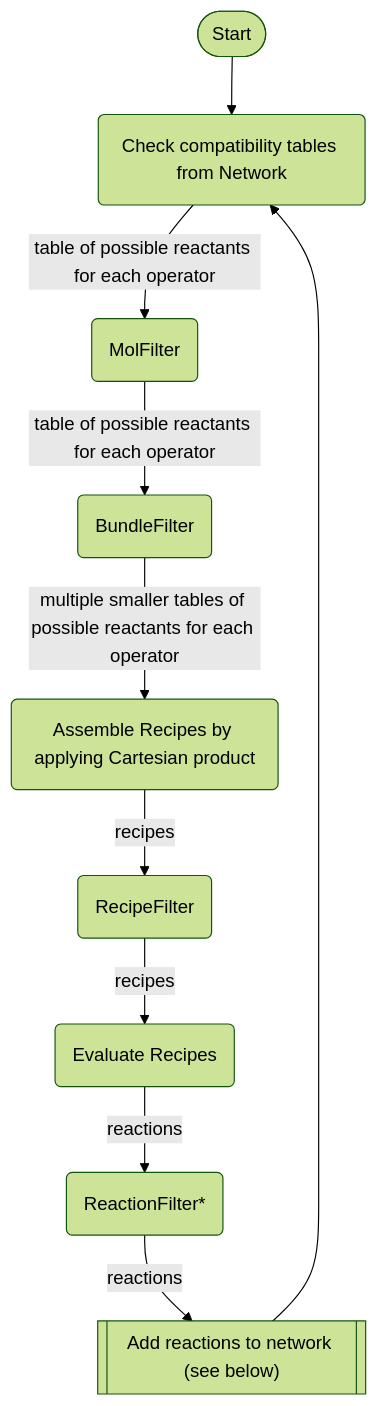
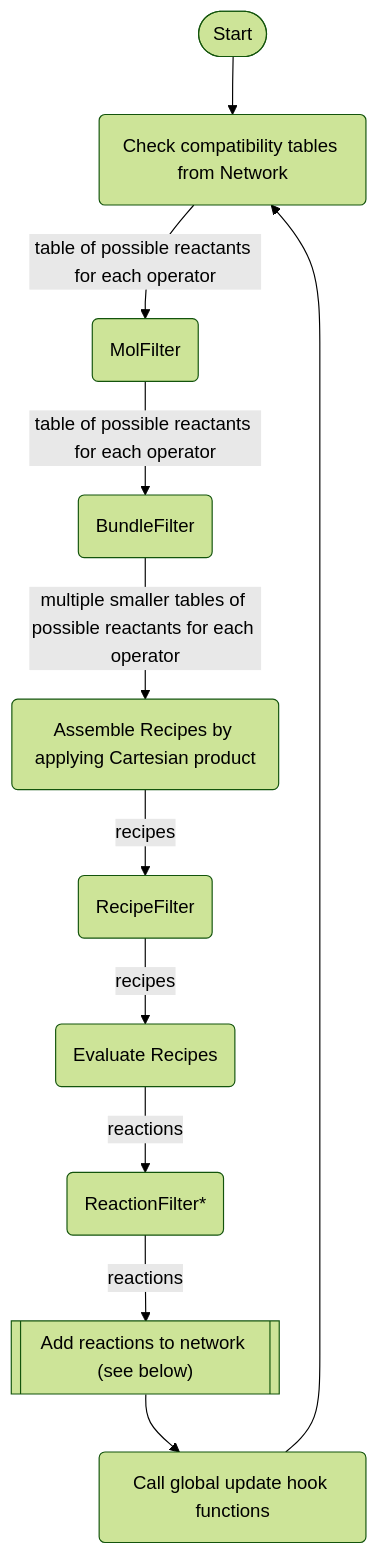
The first of 2 diagrams in samples/6-filters.md (wsprague-nu/doranet), drawn with Mermaid (forest theme) before and after one commit.

Commit message:
adjusted flow diagram

````diff
--- a/samples/6-filters.md
+++ b/samples/6-filters.md
@@ -190,13 +190,14 @@
 ```mermaid
 flowchart TB
     a0([Start]) --> a1
     a1(Check compatibility tables from Network) -- table of possible reactants for each operator --> a2(MolFilter)
     a2 -- table of possible reactants for each operator --> a3(BundleFilter)
     a3 -- multiple smaller tables of possible reactants for each operator --> a4(Assemble Recipes by applying Cartesian product)
     a4 -- recipes --> a5(RecipeFilter)
     a5 -- recipes --> a6(Evaluate Recipes)
     a6 -- reactions --> a7(ReactionFilter*)
     
     a7 -- reactions --> a8[["Add reactions to network (see below)"]]
-    a8 --> a1
+    a8 --> a9(Call global update hook functions)
+    a9 --> a1
 ```
````
